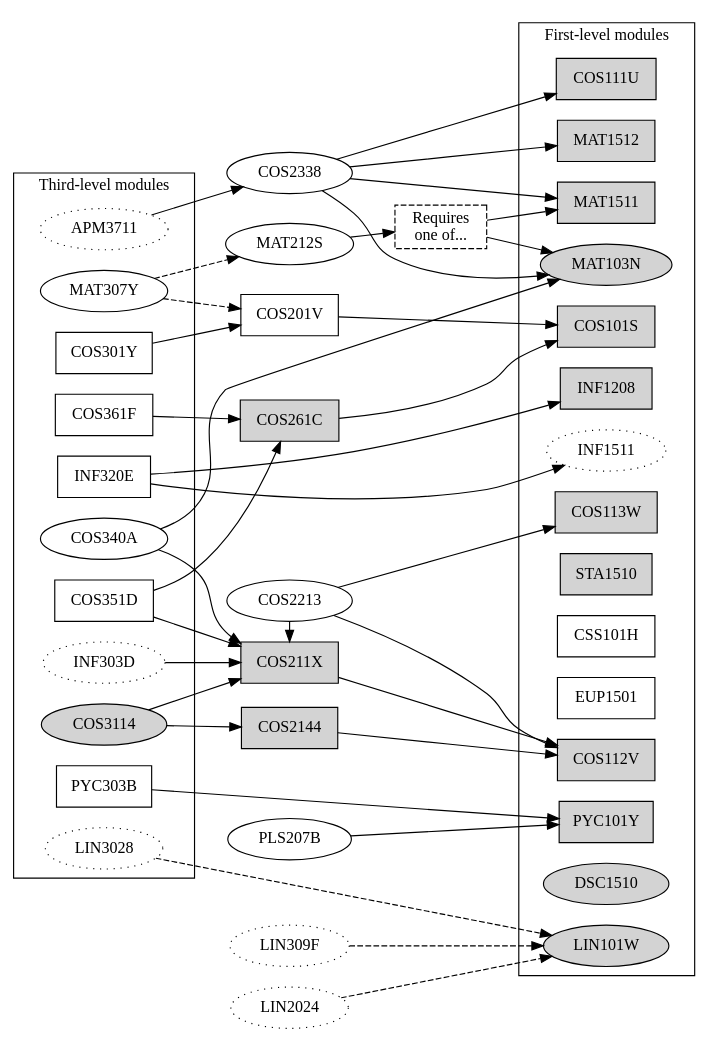
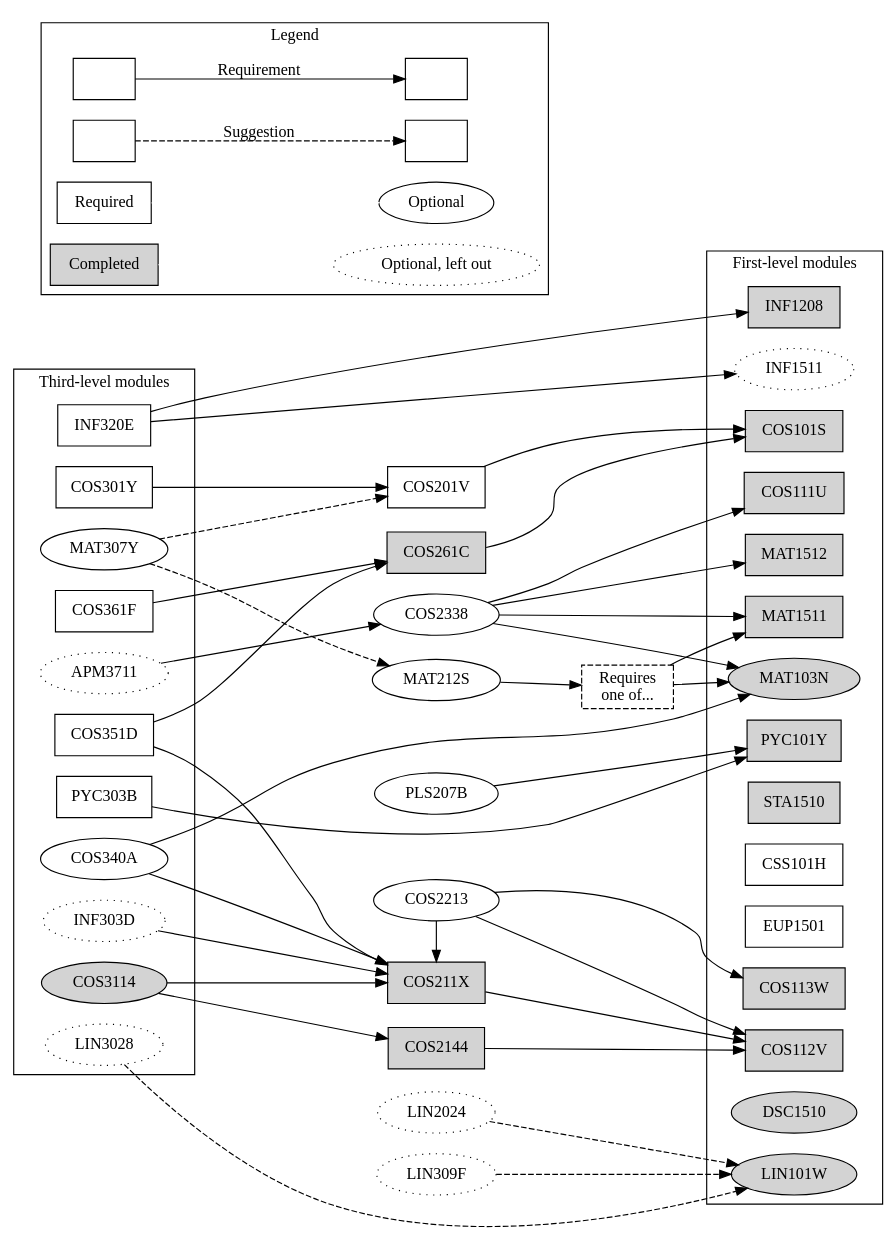
The diagram in ComputationalIntelligence.dot (apauley/unisa-module-graph), drawn with Graphviz before and after one commit.

Commit message:
Add legend

```diff
--- a/ComputationalIntelligence.dot
+++ b/ComputationalIntelligence.dot
@@ -1,73 +1,94 @@
 digraph ComputationalIntelligence {
     node [shape=box];
     rankdir=LR;
 
     subgraph cluster3 {
         label = "Third-level modules";
 
         {rank=same;
         COS301Y INF320E COS351D COS361F PYC303B}
 
         {rank=same; node [shape=ellipse];
         COS3114 [style=filled]
         MAT307Y COS340A
         APM3711 [style=dotted]
         INF303D [style=dotted]
         LIN3028 [style=dotted]}
     }
 
     {rank=same;
     COS201V
     {node [style=filled]; COS211X COS261C COS2144}}
 
     {rank=same; node [shape=ellipse];
     COS2213 COS2338 MAT212S PLS207B
     LIN309F [style=dotted]
     LIN2024 [style=dotted]}
 
     MAT103OR151 [label="Requires\none of...", style=dashed];
 
     subgraph cluster1 {
         label = "First-level modules";
 
         {rank=same;
         {node [style=filled];
               COS101S COS112V COS113W INF1208 MAT1511 MAT1512
               PYC101Y COS111U STA1510}
         CSS101H EUP1501}
 
         {rank=same; node [shape=ellipse];
             INF1511 [style=dotted]
             {node [style=filled];
                 MAT103N DSC1510 LIN101W}}
     }
 
+
+    subgraph cluster0 {
+        rankdir=LR;
+        label = "Legend";
+
+        Module1 [label=""];
+        Module2 [label=""];
+        Module3 [label=""];
+        Module4 [label=""];
+        Module2 -> Module1 [label="Requirement"]
+        Module4 -> Module3 [label="Suggestion", style=dashed]
+
+        Required;
+        Completed [style=filled];
+        Optional [shape=ellipse];
+        Skipped [label="Optional, left out",shape=ellipse,style=dotted];
+        Required -> Optional [color=white];
+        Completed -> Skipped [color=white];
+    }
+
+
     COS301Y -> {COS201V}
     INF320E -> {INF1208 INF1511}
     COS351D -> {COS211X COS261C}
     COS361F -> {COS261C}
     PYC303B -> {PYC101Y}
 
     COS3114 -> {COS211X COS2144}
     APM3711 -> {COS2338}
     MAT307Y -> {MAT212S COS201V} [style=dashed]
     INF303D -> {COS211X}
     LIN3028 -> {LIN101W} [style=dashed]
     COS340A -> {COS211X MAT103N}
 
 
     COS201V -> {COS101S}
     COS211X -> {COS112V}
     COS261C -> {COS101S}
     COS2144 -> {COS112V}
 
     {rank=same; COS2213 COS211X}
     COS2213 -> {COS112V COS113W}
     COS2213 -> {COS211X}
     COS2338 -> {COS111U MAT103N MAT1511 MAT1512}
     MAT212S -> {MAT103OR151}
     MAT103OR151 -> {MAT103N MAT1511}
     LIN309F -> {LIN101W} [style=dashed]
     LIN2024 -> {LIN101W} [style=dashed]
     PLS207B -> {PYC101Y}
 }
```
